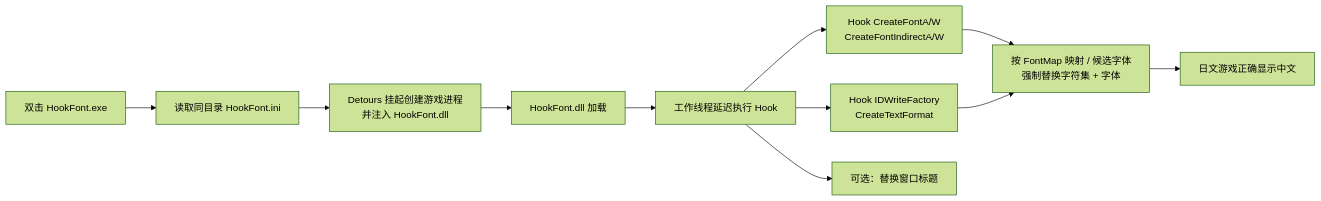
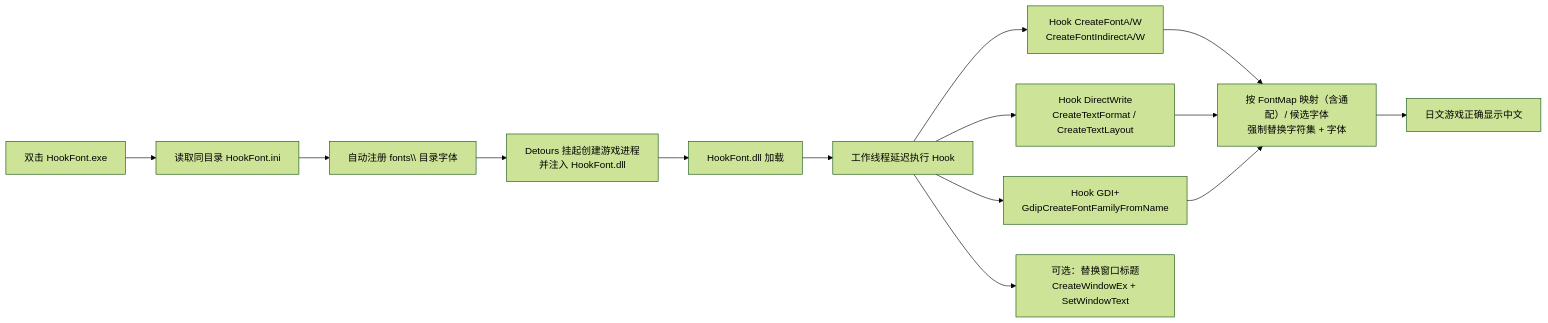
The diagram in README.md (isTurn/HookFont-Test), drawn with Mermaid (forest theme) before and after one commit. The commit also changed other lines of this file and 12 other files, not shown here.

Commit message:
feat: 5 hook enhancements (DirectWrite CreateTextLayout+SetFontFamilyName, GDI+, auto font install, SetWindowTextW, FontMap wildcards)

````diff
--- a/README.md
+++ b/README.md
@@ -60,13 +62,16 @@
 ```mermaid
 flowchart LR
     A[双击 HookFont.exe] --> B[读取同目录 HookFont.ini]
-    B --> C[Detours 挂起创建游戏进程<br/>并注入 HookFont.dll]
+    B --> B2[自动注册 fonts\\ 目录字体]
+    B2 --> C[Detours 挂起创建游戏进程<br/>并注入 HookFont.dll]
     C --> D[HookFont.dll 加载]
     D --> E[工作线程延迟执行 Hook]
     E --> F[Hook CreateFontA/W<br/>CreateFontIndirectA/W]
-    E --> G[Hook IDWriteFactory<br/>CreateTextFormat]
-    F --> H[按 FontMap 映射 / 候选字体<br/>强制替换字符集 + 字体]
+    E --> G[Hook DirectWrite<br/>CreateTextFormat / CreateTextLayout]
+    E --> G2[Hook GDI+<br/>GdipCreateFontFamilyFromName]
+    F --> H[按 FontMap 映射（含通配）/ 候选字体<br/>强制替换字符集 + 字体]
     G --> H
+    G2 --> H
     H --> I[日文游戏正确显示中文]
-    E --> J[可选：替换窗口标题]
+    E --> J[可选：替换窗口标题<br/>CreateWindowEx + SetWindowText]
 ```
````
